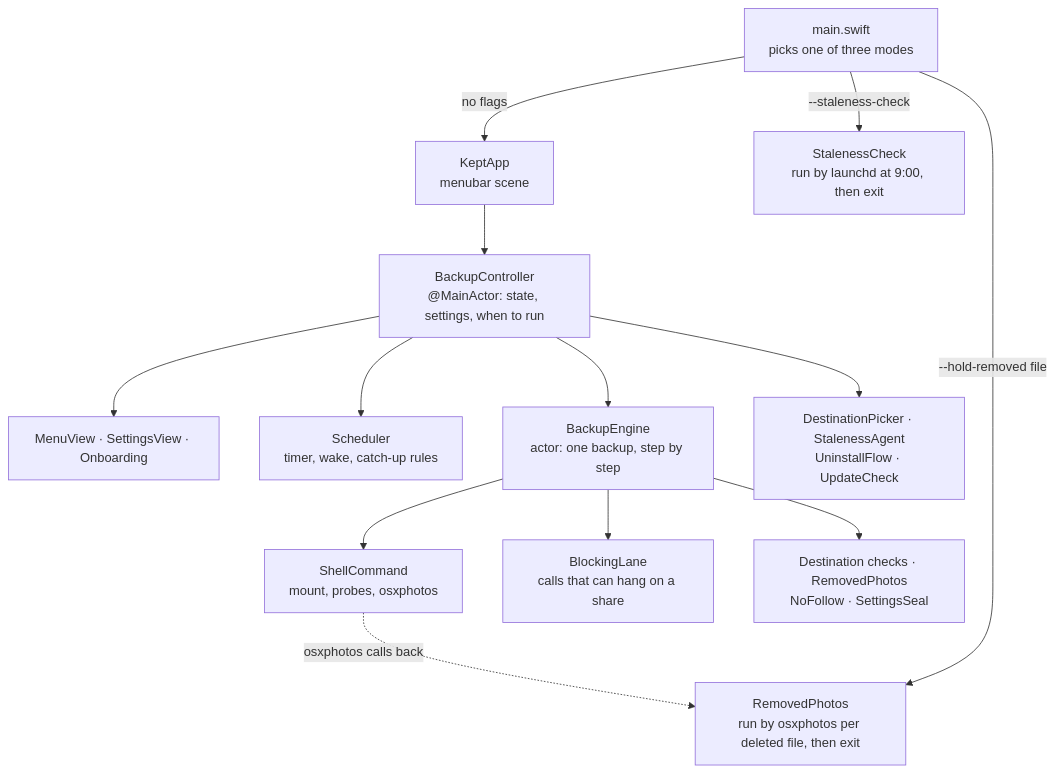
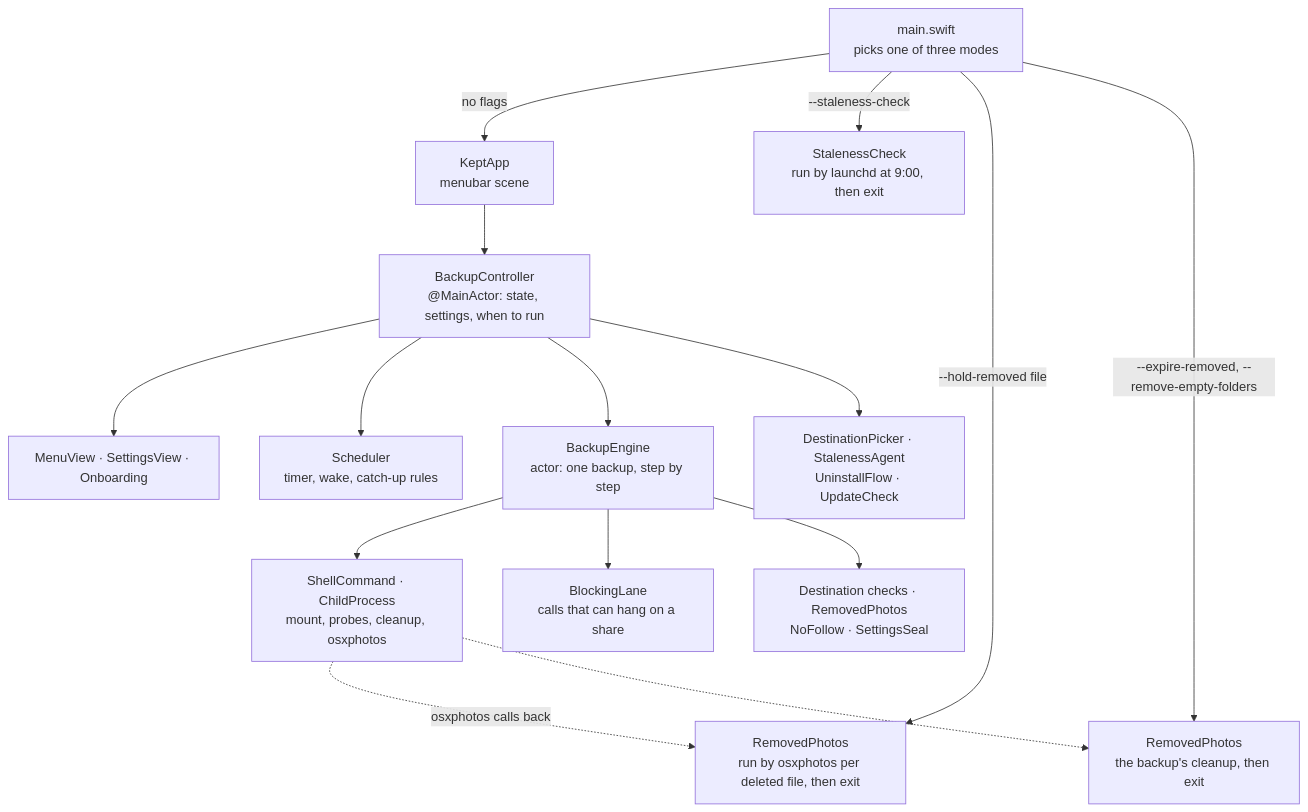
One commit to cressmancm/KeptApp changed the diagram in ARCHITECTURE.md. Above: the diagram before and after it, drawn with Mermaid. The commit also changed other lines of this file and 10 other files, not shown here.

````diff
--- a/ARCHITECTURE.md
+++ b/ARCHITECTURE.md
@@ -5,18 +5,20 @@
 ```mermaid
 flowchart TD
     main["main.swift<br/>picks one of three modes"]
     main -->|no flags| app["KeptApp<br/>menubar scene"]
     main -->|--staleness-check| stale["StalenessCheck<br/>run by launchd at 9:00, then exit"]
     main -->|--hold-removed file| hold["RemovedPhotos<br/>run by osxphotos per deleted file, then exit"]
+    main -->|--expire-removed, --remove-empty-folders| cleanup["RemovedPhotos<br/>the backup's cleanup, then exit"]
 
     app --> controller["BackupController<br/>@MainActor: state, settings, when to run"]
     controller --> views["MenuView · SettingsView · Onboarding"]
     controller --> scheduler["Scheduler<br/>timer, wake, catch-up rules"]
     controller --> engine["BackupEngine<br/>actor: one backup, step by step"]
     controller --> helpers["DestinationPicker · StalenessAgent<br/>UninstallFlow · UpdateCheck"]
 
-    engine --> children["ShellCommand<br/>mount, probes, osxphotos"]
+    engine --> children["ShellCommand · ChildProcess<br/>mount, probes, cleanup, osxphotos"]
     engine --> lane["BlockingLane<br/>calls that can hang on a share"]
     engine --> safety["Destination checks · RemovedPhotos<br/>NoFollow · SettingsSeal"]
     children -.->|osxphotos calls back| hold
+    children -.-> cleanup
 ```
````
